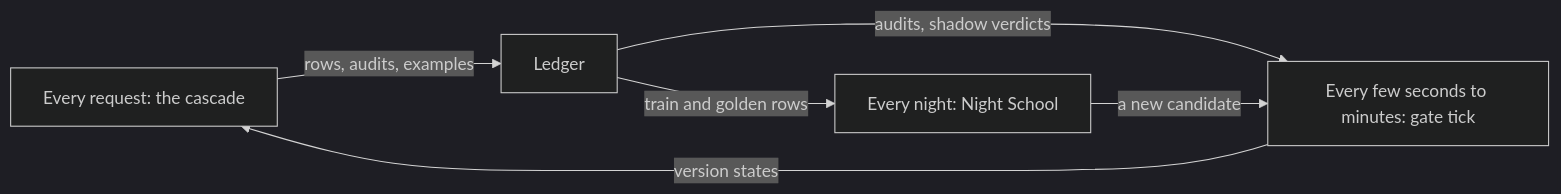
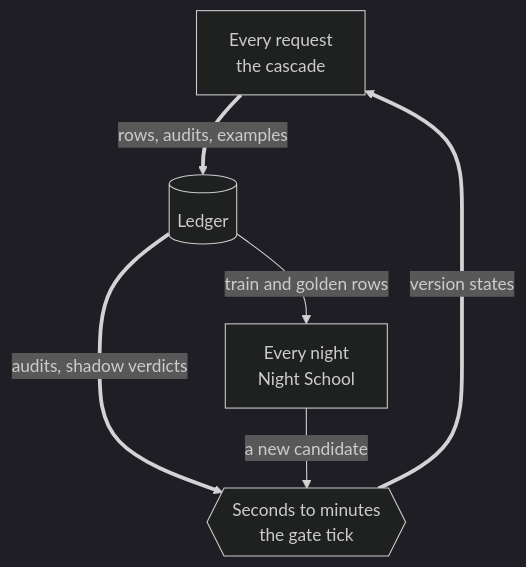
One commit to harshbhx/ratchet changed the fourth of 4 diagrams in docs-site/src/content/docs/guides/big-picture.mdx. Above: the diagram before and after it, drawn with Mermaid (dark theme). The commit also changed other lines of this file and 100 other files, not shown here.

First line of the commit message:
Docs v2: new design, Mermaid diagrams, React Bits components, text-to-SQL pages, fresh reference (#14)

````diff
--- a/docs-site/src/content/docs/guides/big-picture.mdx
+++ b/docs-site/src/content/docs/guides/big-picture.mdx
@@ -108,8 +213,12 @@
 ```mermaid
-flowchart LR
-    R["Every request: the cascade"] -->|"rows, audits, examples"| L["Ledger"]
-    L -->|"audits, shadow verdicts"| G["Every few seconds to minutes: gate tick"]
-    G -->|"version states"| R
-    L -->|"train and golden rows"| N["Every night: Night School"]
-    N -->|"a new candidate"| G
+flowchart TB
+  R["Every request<br/>the cascade"] ==>|"rows, audits, examples"| L[("Ledger")]
+  L ==>|"audits, shadow verdicts"| G{{"Seconds to minutes<br/>the gate tick"}}
+  G ==>|"version states"| R
+  L -->|"train and golden rows"| N["Every night<br/>Night School"]
+  N -->|"a new candidate"| G
+
+  class R,N neutral
+  class L store
+  class G gate
 ```
````
